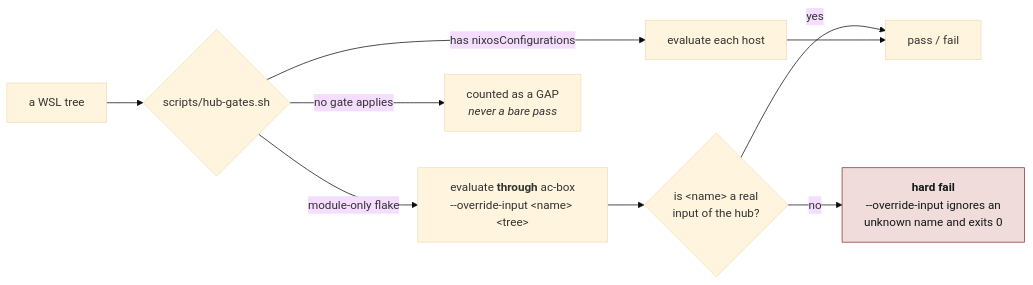
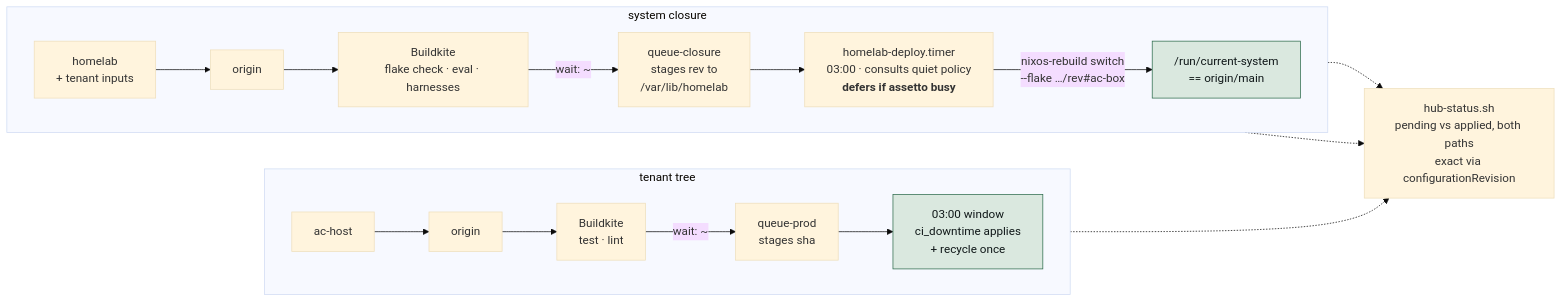
Before and after one commit to imkarrer/homelab: the fourth of 5 diagrams in docs/architecture.md, drawn with Mermaid (base theme). The commit also changed other lines of this file, not shown here.

First line of the commit message:
architecture: draw the current and the target, and itemise the distance

````diff
--- a/docs/architecture.md
+++ b/docs/architecture.md
@@ -181,14 +177,25 @@
 ```mermaid
 flowchart LR
-    W["a WSL tree"] --> G{"scripts/hub-gates.sh"}
-    G -- "has nixosConfigurations" --> E1["evaluate each host"]
-    G -- "module-only flake" --> E2["evaluate <b>through</b> ac-box<br/>--override-input &lt;name&gt; &lt;tree&gt;"]
-    E2 --> N{"is &lt;name&gt; a real<br/>input of the hub?"}
-    N -- "no" --> X["<b>hard fail</b><br/>--override-input ignores an<br/>unknown name and exits 0"]
-    N -- "yes" --> P["pass / fail"]
-    E1 --> P
-    G -- "no gate applies" --> SK["counted as a GAP<br/><i>never a bare pass</i>"]
+    subgraph TENANT ["tenant tree"]
+        direction LR
+        A1["ac-host"] --> A2["origin"] --> A3["Buildkite<br/>test · lint"]
+        A3 -- "wait: ~" --> A4["queue-prod<br/>stages sha"]
+        A4 --> A6["03:00 window<br/>ci_downtime applies<br/>+ recycle once"]
+    end
 
-    classDef stop fill:#f0dcda,stroke:#8f2f29,color:#101819;
-    class X stop;
+    subgraph CLOSURE ["system closure"]
+        direction LR
+        B1["homelab<br/>+ tenant inputs"] --> B2["origin"] --> B3["Buildkite<br/>flake check · eval · harnesses"]
+        B3 -- "wait: ~" --> B4["queue-closure<br/>stages rev to<br/>/var/lib/homelab"]
+        B4 --> B5["homelab-deploy.timer<br/>03:00 · consults quiet policy<br/><b>defers if assetto busy</b>"]
+        B5 -- "nixos-rebuild switch<br/>--flake …/rev#ac-box" --> B6["/run/current-system<br/>== origin/main"]
+    end
+
+    STATUS["hub-status.sh<br/>pending vs applied, both paths<br/>exact via configurationRevision"]
+    A4 -.-> STATUS
+    B4 -.-> STATUS
+    B6 -.-> STATUS
+
+    classDef ok fill:#dae8df,stroke:#2c6b4b,color:#101819;
+    class A6,B6 ok;
 ```
````
